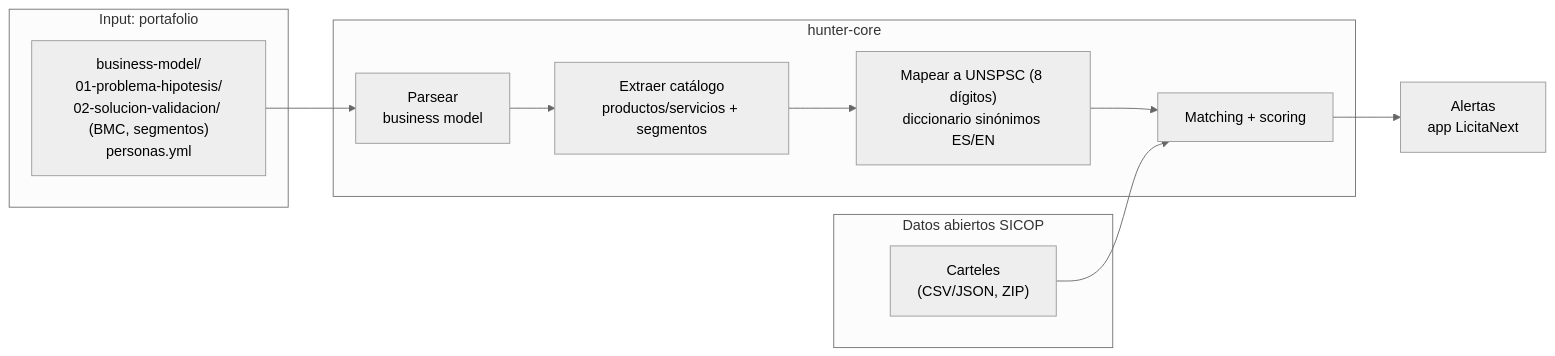
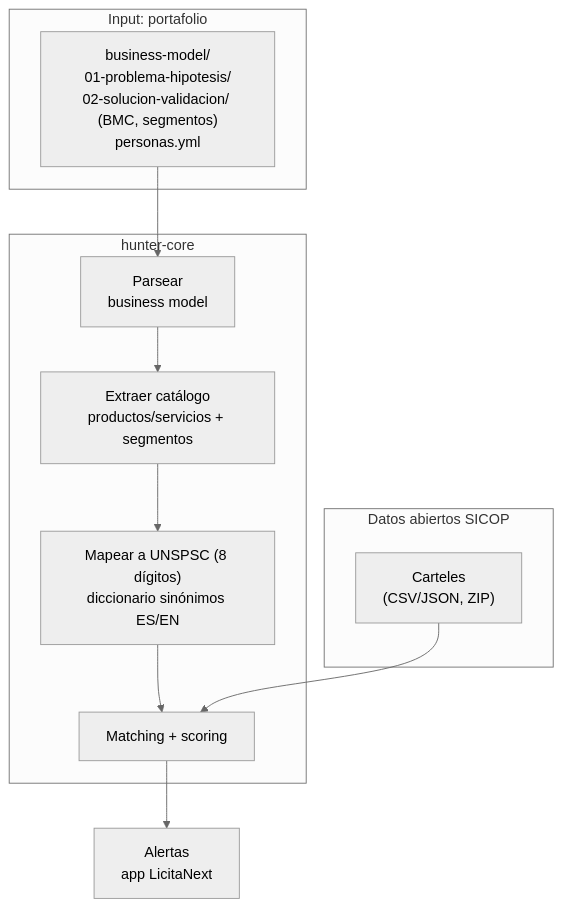
One commit to licitanext/monorepo changed the diagram in services/hunter-core/docs/ARCHITECTURE.md. Above: the diagram before and after it, drawn with Mermaid (neutral theme).

Commit message:
docs(hunter-core): mermaid flowchart LR -> TB (vertical layout)

````diff
--- a/services/hunter-core/docs/ARCHITECTURE.md
+++ b/services/hunter-core/docs/ARCHITECTURE.md
@@ -55,20 +55,20 @@
 ```mermaid
-flowchart LR
+flowchart TB
     subgraph IN["Input: portafolio"]
         BM["business-model/<br/>01-problema-hipotesis/<br/>02-solucion-validacion/ (BMC, segmentos)<br/>personas.yml"]
     end
     subgraph HC["hunter-core"]
         P["Parsear<br/>business model"]
         C["Extraer catálogo<br/>productos/servicios + segmentos"]
         U["Mapear a UNSPSC (8 dígitos)<br/>diccionario sinónimos ES/EN"]
         M["Matching + scoring"]
     end
     subgraph SICOP["Datos abiertos SICOP"]
         DS["Carteles<br/>(CSV/JSON, ZIP)"]
     end
     A["Alertas<br/>app LicitaNext"]
 
     BM --> P --> C --> U --> M
     DS --> M
     M --> A
 ```
````
